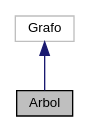
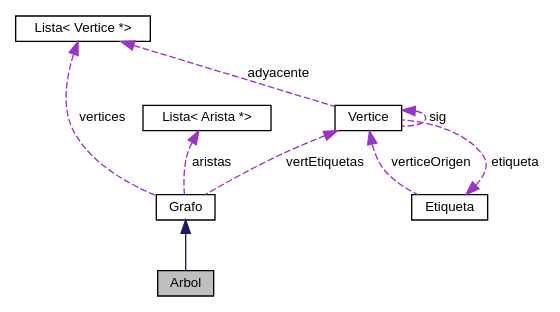
One commit to fcc-2018/arboles-avl changed the diagram in docs/classArbol__coll__graph.dot. Above: the diagram before and after it, drawn with Graphviz. The commit also changed 272 other files, not shown here.

```diff
--- a/docs/classArbol__coll__graph.dot
+++ b/docs/classArbol__coll__graph.dot
@@ -1,8 +1,19 @@
 digraph "Arbol"
 {
   edge [fontname="Helvetica",fontsize="10",labelfontname="Helvetica",labelfontsize="10"];
   node [fontname="Helvetica",fontsize="10",shape=record];
-  Node2 [label="Arbol",height=0.2,width=0.4,color="black", fillcolor="grey75", style="filled", fontcolor="black"];
-  Node3 -> Node2 [dir="back",color="midnightblue",fontsize="10",style="solid",fontname="Helvetica"];
-  Node3 [label="Grafo",height=0.2,width=0.4,color="grey75", fillcolor="white", style="filled"];
+  Node3 [label="Arbol",height=0.2,width=0.4,color="black", fillcolor="grey75", style="filled", fontcolor="black"];
+  Node4 -> Node3 [dir="back",color="midnightblue",fontsize="10",style="solid",fontname="Helvetica"];
+  Node4 [label="Grafo",height=0.2,width=0.4,color="black", fillcolor="white", style="filled",URL="$classGrafo.html"];
+  Node5 -> Node4 [dir="back",color="darkorchid3",fontsize="10",style="dashed",label=" vertices" ,fontname="Helvetica"];
+  Node5 [label="Lista\< Vertice *\>",height=0.2,width=0.4,color="black", fillcolor="white", style="filled",URL="$classLista.html"];
+  Node6 -> Node4 [dir="back",color="darkorchid3",fontsize="10",style="dashed",label=" aristas" ,fontname="Helvetica"];
+  Node6 [label="Lista\< Arista *\>",height=0.2,width=0.4,color="black", fillcolor="white", style="filled",URL="$classLista.html"];
+  Node7 -> Node4 [dir="back",color="darkorchid3",fontsize="10",style="dashed",label=" vertEtiquetas" ,fontname="Helvetica"];
+  Node7 [label="Vertice",height=0.2,width=0.4,color="black", fillcolor="white", style="filled",URL="$classVertice.html"];
+  Node5 -> Node7 [dir="back",color="darkorchid3",fontsize="10",style="dashed",label=" adyacente" ,fontname="Helvetica"];
+  Node7 -> Node7 [dir="back",color="darkorchid3",fontsize="10",style="dashed",label=" sig" ,fontname="Helvetica"];
+  Node8 -> Node7 [dir="back",color="darkorchid3",fontsize="10",style="dashed",label=" etiqueta" ,fontname="Helvetica"];
+  Node8 [label="Etiqueta",height=0.2,width=0.4,color="black", fillcolor="white", style="filled",URL="$classEtiqueta.html"];
+  Node7 -> Node8 [dir="back",color="darkorchid3",fontsize="10",style="dashed",label=" verticeOrigen" ,fontname="Helvetica"];
 }
```
